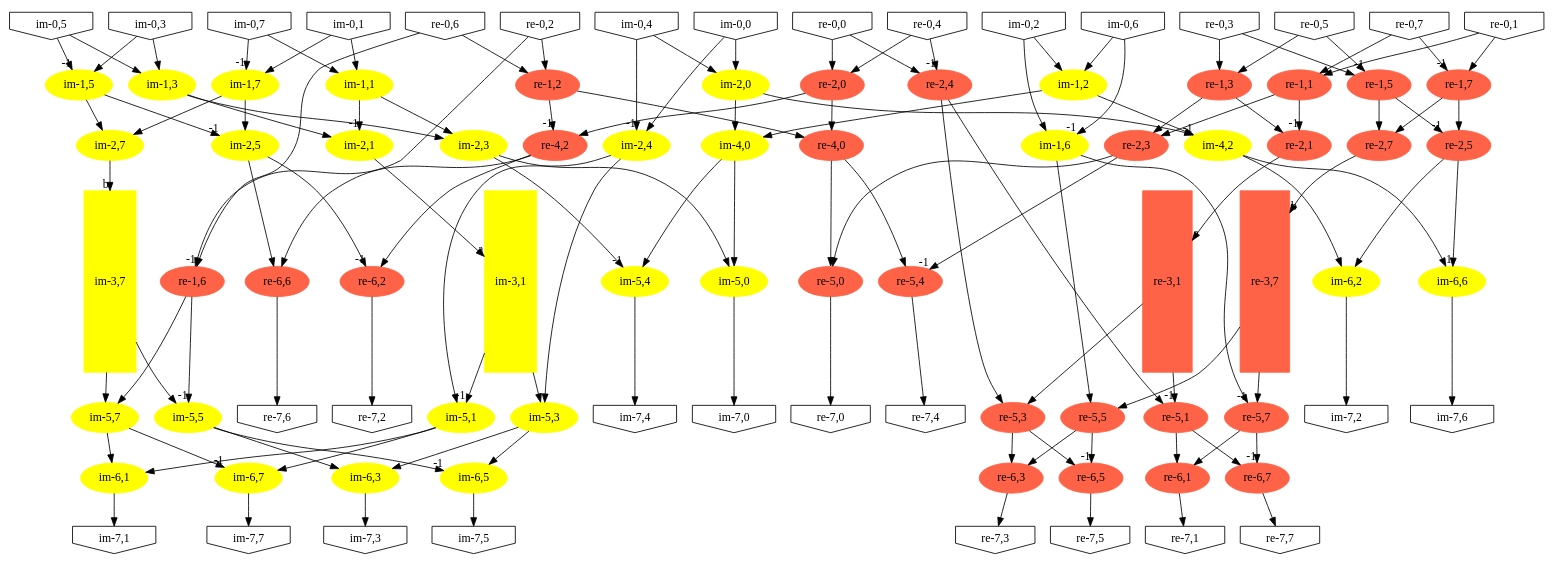
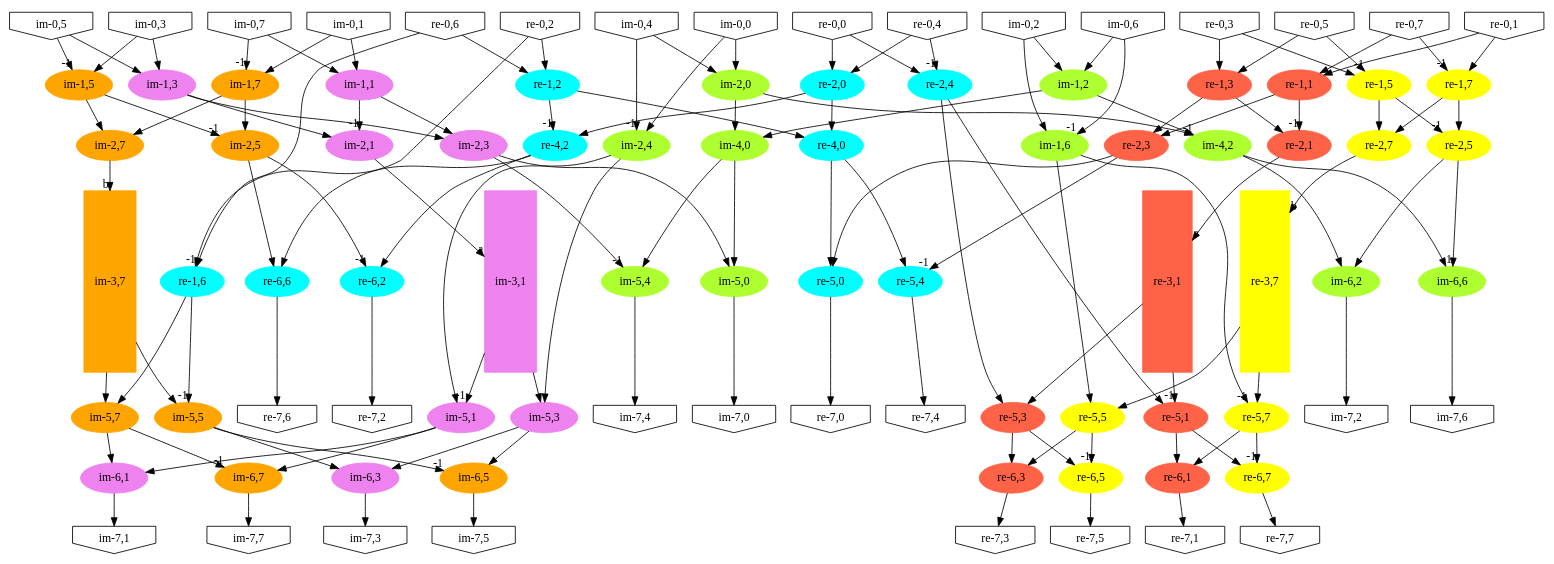
Before and after one commit to drom/stackdrom: the diagram in src/graph2stack/dot/03.dot, drawn with Graphviz. The commit also changed 31 other files, not shown here.

```diff
--- a/src/graph2stack/dot/03.dot
+++ b/src/graph2stack/dot/03.dot
@@ -10,34 +10,34 @@
   "im-0,5" [shape="invhouse"];
   "im-0,6" [shape="invhouse"];
   "im-0,7" [shape="invhouse"];
-  "im-1,1" [color="yellow",shape="oval",style="filled"];
-  "im-1,2" [color="yellow",shape="oval",style="filled"];
-  "im-1,3" [color="yellow",shape="oval",style="filled"];
-  "im-1,5" [color="yellow",shape="oval",style="filled"];
-  "im-1,6" [color="yellow",shape="oval",style="filled"];
-  "im-1,7" [color="yellow",shape="oval",style="filled"];
-  "im-2,0" [color="yellow",shape="oval",style="filled"];
-  "im-2,1" [color="yellow",shape="oval",style="filled"];
-  "im-2,3" [color="yellow",shape="oval",style="filled"];
-  "im-2,4" [color="yellow",shape="oval",style="filled"];
-  "im-2,5" [color="yellow",shape="oval",style="filled"];
-  "im-2,7" [color="yellow",shape="oval",style="filled"];
-  "im-3,1" [color="yellow",height="3",shape="box",style="filled"];
-  "im-3,7" [color="yellow",height="3",shape="box",style="filled"];
-  "im-4,0" [color="yellow",shape="oval",style="filled"];
-  "im-4,2" [color="yellow",shape="oval",style="filled"];
-  "im-5,0" [color="yellow",shape="oval",style="filled"];
-  "im-5,1" [color="yellow",shape="oval",style="filled"];
-  "im-5,3" [color="yellow",shape="oval",style="filled"];
-  "im-5,4" [color="yellow",shape="oval",style="filled"];
-  "im-5,5" [color="yellow",shape="oval",style="filled"];
-  "im-5,7" [color="yellow",shape="oval",style="filled"];
-  "im-6,1" [color="yellow",shape="oval",style="filled"];
-  "im-6,2" [color="yellow",shape="oval",style="filled"];
-  "im-6,3" [color="yellow",shape="oval",style="filled"];
-  "im-6,5" [color="yellow",shape="oval",style="filled"];
-  "im-6,6" [color="yellow",shape="oval",style="filled"];
-  "im-6,7" [color="yellow",shape="oval",style="filled"];
+  "im-1,1" [color="violet",fontcolor="black",shape="oval",style="filled"];
+  "im-1,2" [color="greenyellow",fontcolor="black",shape="oval",style="filled"];
+  "im-1,3" [color="violet",fontcolor="black",shape="oval",style="filled"];
+  "im-1,5" [color="orange",fontcolor="black",shape="oval",style="filled"];
+  "im-1,6" [color="greenyellow",fontcolor="black",shape="oval",style="filled"];
+  "im-1,7" [color="orange",fontcolor="black",shape="oval",style="filled"];
+  "im-2,0" [color="greenyellow",fontcolor="black",shape="oval",style="filled"];
+  "im-2,1" [color="violet",fontcolor="black",shape="oval",style="filled"];
+  "im-2,3" [color="violet",fontcolor="black",shape="oval",style="filled"];
+  "im-2,4" [color="greenyellow",fontcolor="black",shape="oval",style="filled"];
+  "im-2,5" [color="orange",fontcolor="black",shape="oval",style="filled"];
+  "im-2,7" [color="orange",fontcolor="black",shape="oval",style="filled"];
+  "im-3,1" [color="violet",fontcolor="black",height="3",shape="box",style="filled"];
+  "im-3,7" [color="orange",fontcolor="black",height="3",shape="box",style="filled"];
+  "im-4,0" [color="greenyellow",fontcolor="black",shape="oval",style="filled"];
+  "im-4,2" [color="greenyellow",fontcolor="black",shape="oval",style="filled"];
+  "im-5,0" [color="greenyellow",fontcolor="black",shape="oval",style="filled"];
+  "im-5,1" [color="violet",fontcolor="black",shape="oval",style="filled"];
+  "im-5,3" [color="violet",fontcolor="black",shape="oval",style="filled"];
+  "im-5,4" [color="greenyellow",fontcolor="black",shape="oval",style="filled"];
+  "im-5,5" [color="orange",fontcolor="black",shape="oval",style="filled"];
+  "im-5,7" [color="orange",fontcolor="black",shape="oval",style="filled"];
+  "im-6,1" [color="violet",fontcolor="black",shape="oval",style="filled"];
+  "im-6,2" [color="greenyellow",fontcolor="black",shape="oval",style="filled"];
+  "im-6,3" [color="violet",fontcolor="black",shape="oval",style="filled"];
+  "im-6,5" [color="orange",fontcolor="black",shape="oval",style="filled"];
+  "im-6,6" [color="greenyellow",fontcolor="black",shape="oval",style="filled"];
+  "im-6,7" [color="orange",fontcolor="black",shape="oval",style="filled"];
   "im-7,0" [shape="invhouse"];
   "im-7,1" [shape="invhouse"];
   "im-7,2" [shape="invhouse"];
@@ -54,34 +54,34 @@
   "re-0,5" [shape="invhouse"];
   "re-0,6" [shape="invhouse"];
   "re-0,7" [shape="invhouse"];
-  "re-1,1" [color="tomato",shape="oval",style="filled"];
-  "re-1,2" [color="tomato",shape="oval",style="filled"];
-  "re-1,3" [color="tomato",shape="oval",style="filled"];
-  "re-1,5" [color="tomato",shape="oval",style="filled"];
-  "re-1,6" [color="tomato",shape="oval",style="filled"];
-  "re-1,7" [color="tomato",shape="oval",style="filled"];
-  "re-2,0" [color="tomato",shape="oval",style="filled"];
-  "re-2,1" [color="tomato",shape="oval",style="filled"];
-  "re-2,3" [color="tomato",shape="oval",style="filled"];
-  "re-2,4" [color="tomato",shape="oval",style="filled"];
-  "re-2,5" [color="tomato",shape="oval",style="filled"];
-  "re-2,7" [color="tomato",shape="oval",style="filled"];
-  "re-3,1" [color="tomato",height="3",shape="box",style="filled"];
-  "re-3,7" [color="tomato",height="3",shape="box",style="filled"];
-  "re-4,0" [color="tomato",shape="oval",style="filled"];
-  "re-4,2" [color="tomato",shape="oval",style="filled"];
-  "re-5,0" [color="tomato",shape="oval",style="filled"];
-  "re-5,1" [color="tomato",shape="oval",style="filled"];
-  "re-5,3" [color="tomato",shape="oval",style="filled"];
-  "re-5,4" [color="tomato",shape="oval",style="filled"];
-  "re-5,5" [color="tomato",shape="oval",style="filled"];
-  "re-5,7" [color="tomato",shape="oval",style="filled"];
-  "re-6,1" [color="tomato",shape="oval",style="filled"];
-  "re-6,2" [color="tomato",shape="oval",style="filled"];
-  "re-6,3" [color="tomato",shape="oval",style="filled"];
-  "re-6,5" [color="tomato",shape="oval",style="filled"];
-  "re-6,6" [color="tomato",shape="oval",style="filled"];
-  "re-6,7" [color="tomato",shape="oval",style="filled"];
+  "re-1,1" [color="tomato",fontcolor="black",shape="oval",style="filled"];
+  "re-1,2" [color="cyan",fontcolor="black",shape="oval",style="filled"];
+  "re-1,3" [color="tomato",fontcolor="black",shape="oval",style="filled"];
+  "re-1,5" [color="yellow",fontcolor="black",shape="oval",style="filled"];
+  "re-1,6" [color="cyan",fontcolor="black",shape="oval",style="filled"];
+  "re-1,7" [color="yellow",fontcolor="black",shape="oval",style="filled"];
+  "re-2,0" [color="cyan",fontcolor="black",shape="oval",style="filled"];
+  "re-2,1" [color="tomato",fontcolor="black",shape="oval",style="filled"];
+  "re-2,3" [color="tomato",fontcolor="black",shape="oval",style="filled"];
+  "re-2,4" [color="cyan",fontcolor="black",shape="oval",style="filled"];
+  "re-2,5" [color="yellow",fontcolor="black",shape="oval",style="filled"];
+  "re-2,7" [color="yellow",fontcolor="black",shape="oval",style="filled"];
+  "re-3,1" [color="tomato",fontcolor="black",height="3",shape="box",style="filled"];
+  "re-3,7" [color="yellow",fontcolor="black",height="3",shape="box",style="filled"];
+  "re-4,0" [color="cyan",fontcolor="black",shape="oval",style="filled"];
+  "re-4,2" [color="cyan",fontcolor="black",shape="oval",style="filled"];
+  "re-5,0" [color="cyan",fontcolor="black",shape="oval",style="filled"];
+  "re-5,1" [color="tomato",fontcolor="black",shape="oval",style="filled"];
+  "re-5,3" [color="tomato",fontcolor="black",shape="oval",style="filled"];
+  "re-5,4" [color="cyan",fontcolor="black",shape="oval",style="filled"];
+  "re-5,5" [color="yellow",fontcolor="black",shape="oval",style="filled"];
+  "re-5,7" [color="yellow",fontcolor="black",shape="oval",style="filled"];
+  "re-6,1" [color="tomato",fontcolor="black",shape="oval",style="filled"];
+  "re-6,2" [color="cyan",fontcolor="black",shape="oval",style="filled"];
+  "re-6,3" [color="tomato",fontcolor="black",shape="oval",style="filled"];
+  "re-6,5" [color="yellow",fontcolor="black",shape="oval",style="filled"];
+  "re-6,6" [color="cyan",fontcolor="black",shape="oval",style="filled"];
+  "re-6,7" [color="yellow",fontcolor="black",shape="oval",style="filled"];
   "re-7,0" [shape="invhouse"];
   "re-7,1" [shape="invhouse"];
   "re-7,2" [shape="invhouse"];
```
